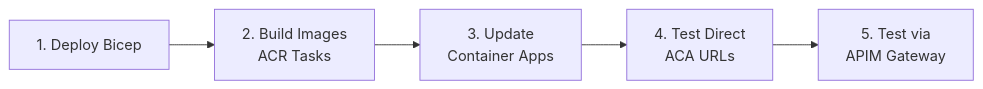
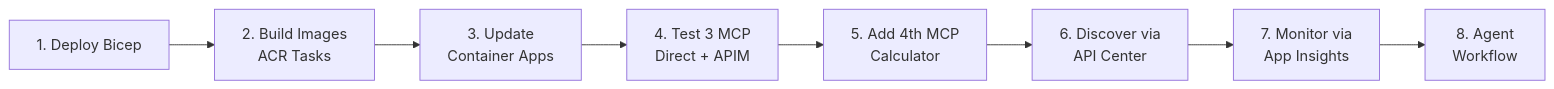
One commit to chrye/apic-discovery changed the second of 2 diagrams in labs/mcp-from-api/README-MCP-Containers.md. Above: the diagram before and after it, drawn with Mermaid. The commit also changed other lines of this file and 5 other files, not shown here.

First line of the commit message:
feat: 8-part MCP containers demo with APIC discovery, monitoring, and agent workflow

````diff
--- a/labs/mcp-from-api/README-MCP-Containers.md
+++ b/labs/mcp-from-api/README-MCP-Containers.md
@@ -102,7 +140,10 @@
 ```mermaid
 graph LR
     A[1. Deploy Bicep] --> B[2. Build Images<br/>ACR Tasks]
     B --> C[3. Update<br/>Container Apps]
-    C --> D[4. Test Direct<br/>ACA URLs]
-    D --> E[5. Test via<br/>APIM Gateway]
+    C --> D[4. Test 3 MCP<br/>Direct + APIM]
+    D --> E[5. Add 4th MCP<br/>Calculator]
+    E --> F[6. Discover via<br/>API Center]
+    F --> G[7. Monitor via<br/>App Insights]
+    G --> H[8. Agent<br/>Workflow]
 ```
````
